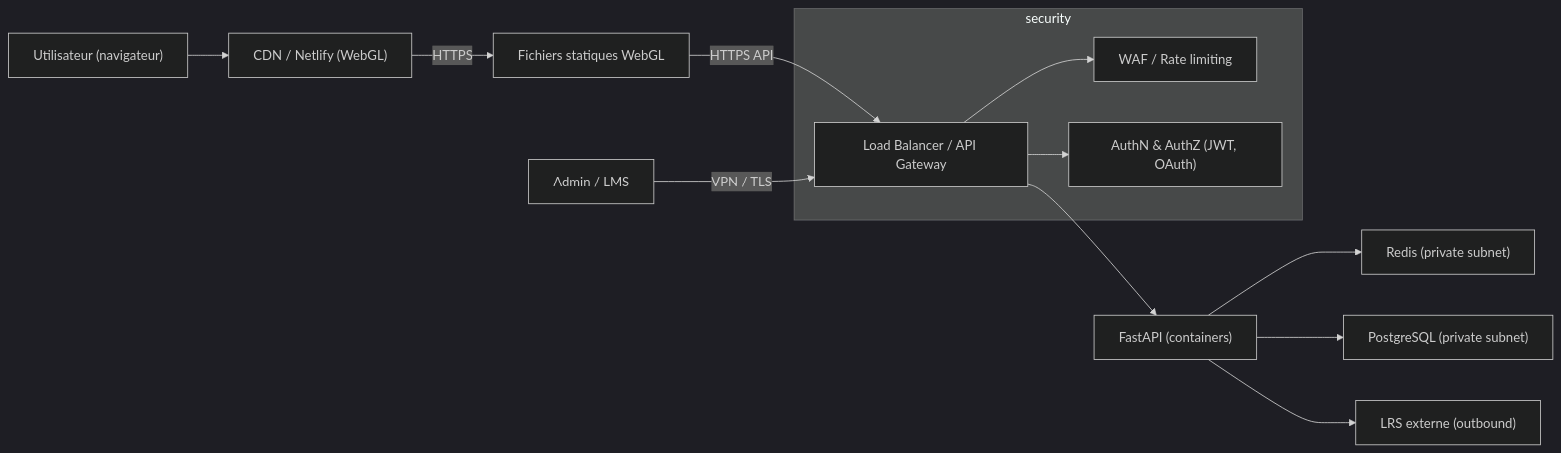
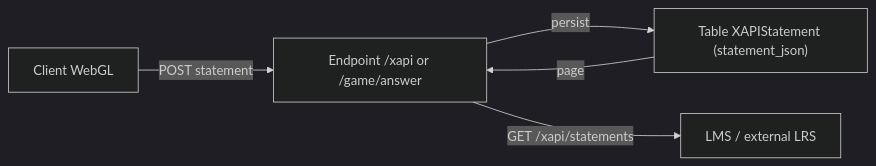
One commit to Purple003/Directeur-de-Jeu--beta-version changed the sixth of 8 diagrams in README.md. Above: the diagram before and after it, drawn with Mermaid (dark theme). The commit also changed other lines of this file, not shown here.

````diff
--- a/README.md
+++ b/README.md
@@ -282,16 +328,7 @@
 ```mermaid
-%% Topologie réseau production
-graph LR
-  user["Utilisateur (navigateur)"] --> CDN["CDN / Netlify (WebGL)"]
-  CDN -->|HTTPS| Browser["Fichiers statiques WebGL"]
-  Browser -->|HTTPS API| LB["Load Balancer / API Gateway"]
-  LB --> API["FastAPI (containers)"]
-  API --> Redis["Redis (private subnet)"]
-  API --> DB["PostgreSQL (private subnet)"]
-  API --> LRSPush["LRS externe (outbound)"]
-  Admin["Admin / LMS"] -->|VPN / TLS| LB
-  subgraph security
-    LB --> WAF["WAF / Rate limiting"]
-    LB --> AuthN["AuthN & AuthZ (JWT, OAuth)"]
-  end
+flowchart LR
+  Client["Client WebGL"] -->|POST statement| API["Endpoint /xapi or /game/answer"]
+  API -->|persist| DB["Table XAPIStatement (statement_json)"]
+  DB -->|page| API
+  API -->|GET /xapi/statements| LMS["LMS / external LRS"]
 ```
````
